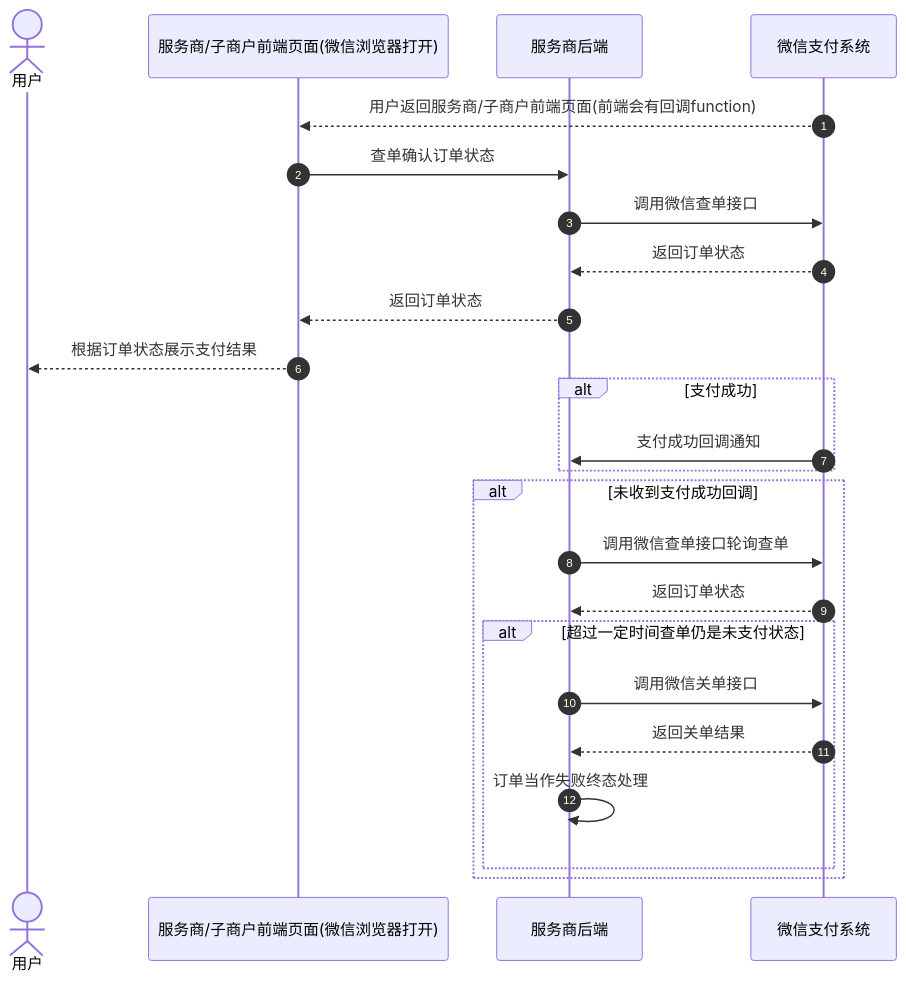
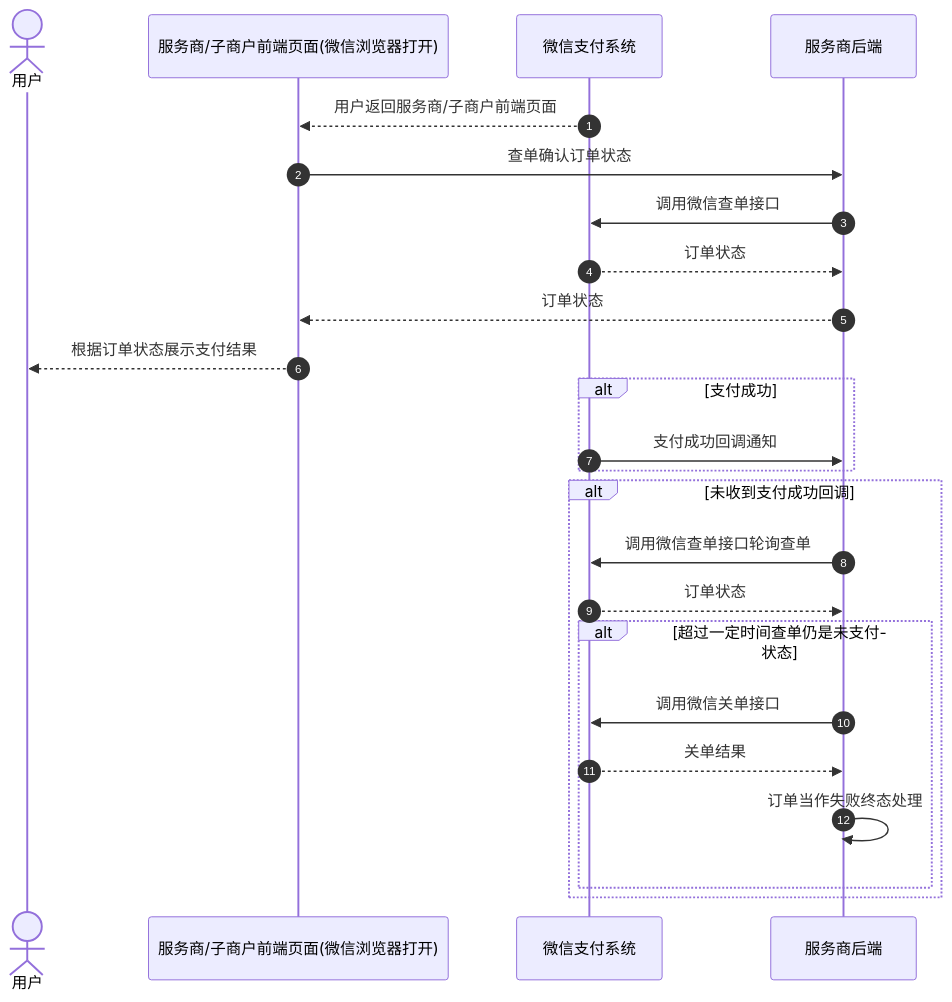
Before and after one commit to minibear2021/wechatpay_docs: the third of 4 diagrams in docs/partner/pages/4012069859.md, drawn with Mermaid. The commit also changed other lines of this file and 7 other files, not shown here.

````diff
--- a/docs/partner/pages/4012069859.md
+++ b/docs/partner/pages/4012069859.md
@@ -121,32 +120,26 @@
 ```mermaid
 sequenceDiagram
-    %% xwatt: autonumber ea
-        autonumber
-        actor User as 用户
-        participant Mch as 服务商/子商户前端页面(微信浏览器打开)
-        participant SP as 服务商后端
-        participant WxPay as 微信支付系统
-
-        WxPay-->>Mch: 用户返回服务商/子商户前端页面(前端会有回调function)
-        Mch->>SP: 查单确认订单状态
-        SP->>WxPay: 调用微信查单接口
-        WxPay-->>SP: 返回订单状态
-        SP-->>Mch: 返回订单状态
-        Mch-->>User: 根据订单状态展示支付结果
-
-        alt 支付成功
-            WxPay->>SP: 支付成功回调通知
-        end
-
-        alt 未收到支付成功回调
-            SP->>WxPay: 调用微信查单接口轮询查单
-            WxPay-->>SP: 返回订单状态
-
-            alt 超过一定时间查单仍是未支付状态
-                SP->>WxPay: 调用微信关单接口
-                WxPay-->>SP: 返回关单结果
-                SP->>SP: 订单当作失败终态处理
-            end
-
-        end
+  autonumber
+  actor p0 as 用户
+  participant p1 as 服务商/子商户前端页面(微信浏览器打开)
+  participant p2 as 微信支付系统
+  participant p3 as 服务商后端
+  p2-->>p1: 用户返回服务商/子商户前端页面
+  p1->>p3: 查单确认订单状态
+  p3->>p2: 调用微信查单接口
+  p2-->>p3: 订单状态
+  p3-->>p1: 订单状态
+  p1-->>p0: 根据订单状态展示支付结果
+  alt 支付成功
+    p2->>p3: 支付成功回调通知
+  end
+  alt 未收到支付成功回调
+    p3->>p2: 调用微信查单接口轮询查单
+    p2-->>p3: 订单状态
+    alt 超过一定时间查单仍是未支付状态
+      p3->>p2: 调用微信关单接口
+      p2-->>p3: 关单结果
+      p3->>p3: 订单当作失败终态处理
+    end
+  end
 ```
````
